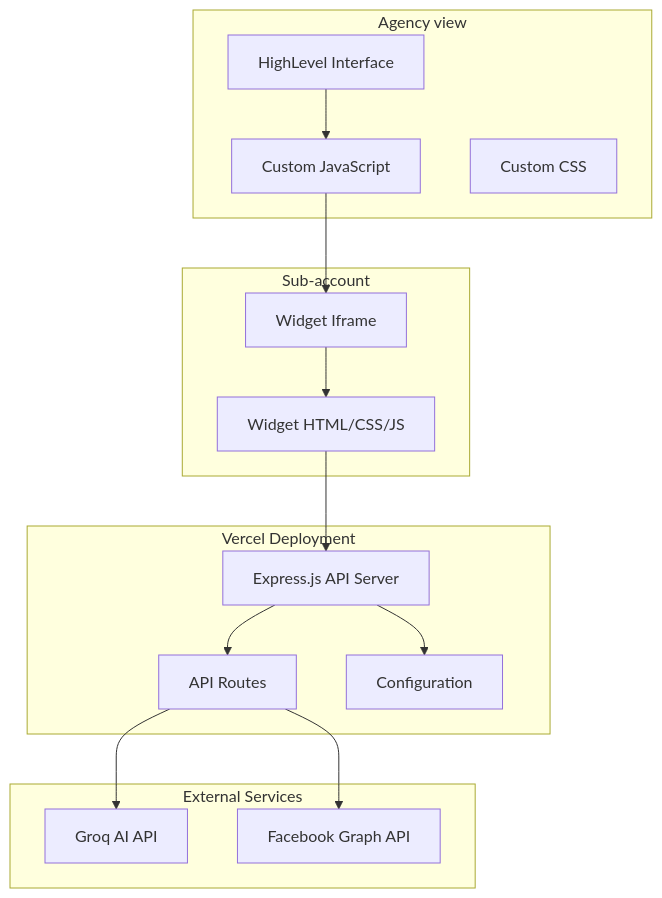
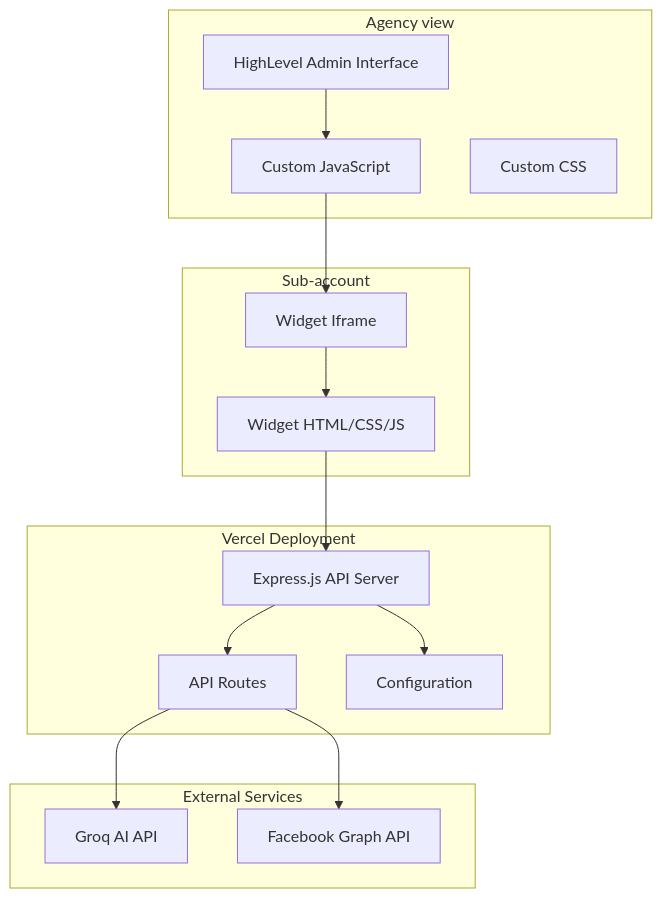
One commit to trials009/hl-copilot changed the first of 3 diagrams in README.md. Above: the diagram before and after it, drawn with Mermaid. The commit also changed other lines of this file, not shown here.

````diff
--- a/README.md
+++ b/README.md
@@ -11,33 +11,33 @@
 ```mermaid
 graph TB
     subgraph "Agency view"
-        HL[HighLevel Interface]
+        HL[HighLevel Admin Interface]
         CustomJS[Custom JavaScript]
         CustomCSS[Custom CSS]
     end
     
     subgraph "Sub-account"
         Widget[Widget HTML/CSS/JS]
         Iframe[Widget Iframe]
     end
     
     subgraph "Vercel Deployment"
         API[Express.js API Server]
         Routes[API Routes]
         Config[Configuration]
     end
     
     subgraph "External Services"
         Groq[Groq AI API]
         FB[Facebook Graph API]
     end
     
     HL --> CustomJS
     CustomJS --> Iframe
     Iframe --> Widget
     Widget --> API
     API --> Routes
     Routes --> Groq
     Routes --> FB
     API --> Config
 ```
````
